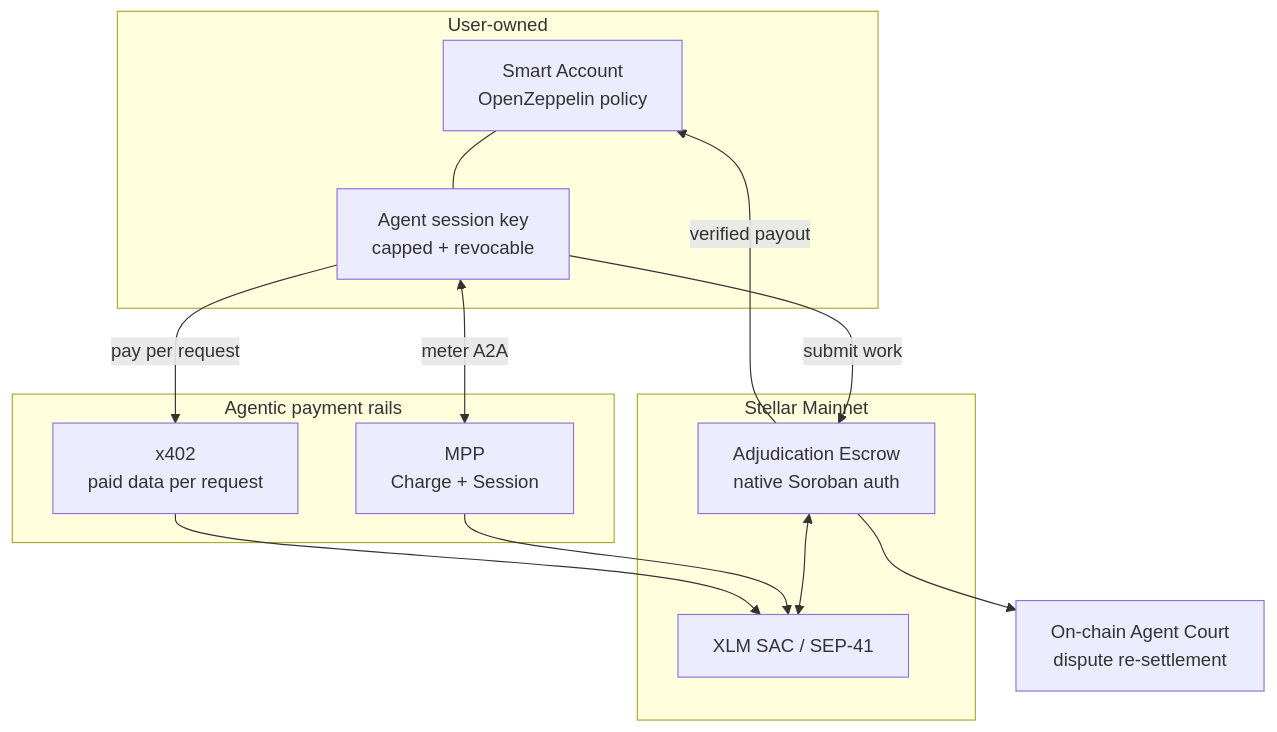
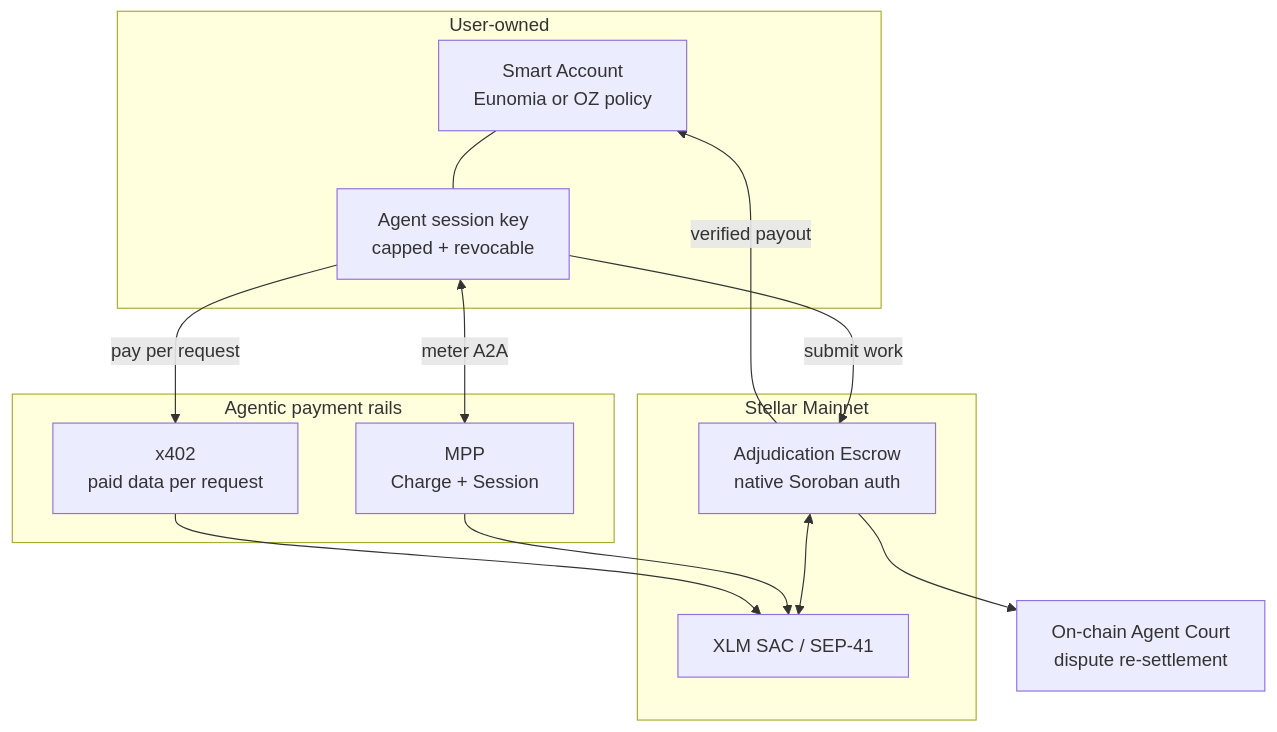
The fourth of 4 diagrams in docs/ARCHITECTURE.md (furkanyesildag/cogladius), drawn with Mermaid before and after one commit. The commit also changed other lines of this file, not shown here.

First line of the commit message:
docs(architecture): align with submitted SCF #45 scope

````diff
--- a/docs/ARCHITECTURE.md
+++ b/docs/ARCHITECTURE.md
@@ -251,24 +262,24 @@
 ```mermaid
 flowchart TB
     subgraph User["User-owned"]
-        SA[Smart Account<br/>OpenZeppelin policy]
+        SA[Smart Account<br/>Eunomia or OZ policy]
         SK[Agent session key<br/>capped + revocable]
         SA --- SK
     end
     subgraph Chain["Stellar Mainnet"]
         E[Adjudication Escrow<br/>native Soroban auth]
         SAC[XLM SAC / SEP-41]
         E <--> SAC
     end
     subgraph Rails["Agentic payment rails"]
         X[x402<br/>paid data per request]
         M[MPP<br/>Charge + Session]
     end
     SK -->|submit work| E
     SK -->|pay per request| X
     SK <-->|meter A2A| M
     M --> SAC
     X --> SAC
     E -->|verified payout| SA
     E --> C[On-chain Agent Court<br/>dispute re-settlement]
 ```
````
